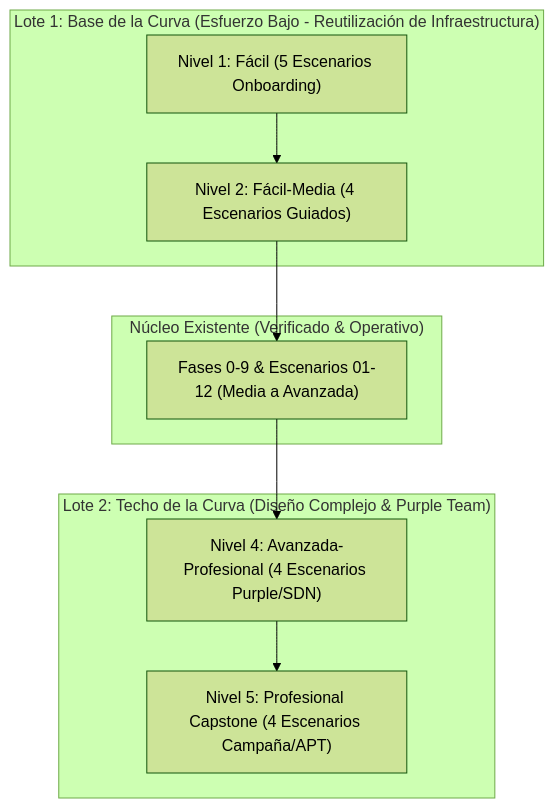
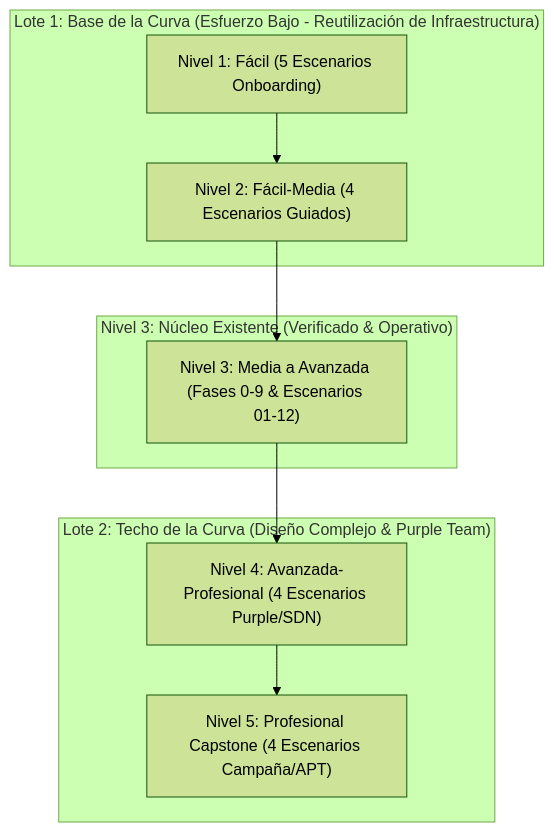
Before and after one commit to kripiman/CityLab: the diagram in docs/SCENARIO_CURRICULUM_ROADMAP.md, drawn with Mermaid (forest theme). The commit also changed other lines of this file and 23 other files, not shown here.

````diff
--- a/docs/SCENARIO_CURRICULUM_ROADMAP.md
+++ b/docs/SCENARIO_CURRICULUM_ROADMAP.md
@@ -27,19 +27,19 @@
 ```mermaid
 graph TD
     subgraph "Lote 1: Base de la Curva (Esfuerzo Bajo - Reutilización de Infraestructura)"
         L1A["Nivel 1: Fácil (5 Escenarios Onboarding)"]
         L1B["Nivel 2: Fácil-Media (4 Escenarios Guiados)"]
     end
-    subgraph "Núcleo Existente (Verificado & Operativo)"
-        N0["Fases 0-9 & Escenarios 01-12 (Media a Avanzada)"]
+    subgraph "Nivel 3: Núcleo Existente (Verificado & Operativo)"
+        N0["Nivel 3: Media a Avanzada (Fases 0-9 & Escenarios 01-12)"]
     end
     subgraph "Lote 2: Techo de la Curva (Diseño Complejo & Purple Team)"
         L2A["Nivel 4: Avanzada-Profesional (4 Escenarios Purple/SDN)"]
         L2B["Nivel 5: Profesional Capstone (4 Escenarios Campaña/APT)"]
     end
 
     L1A --> L1B
     L1B --> N0
     N0 --> L2A
     L2A --> L2B
 ```
````
